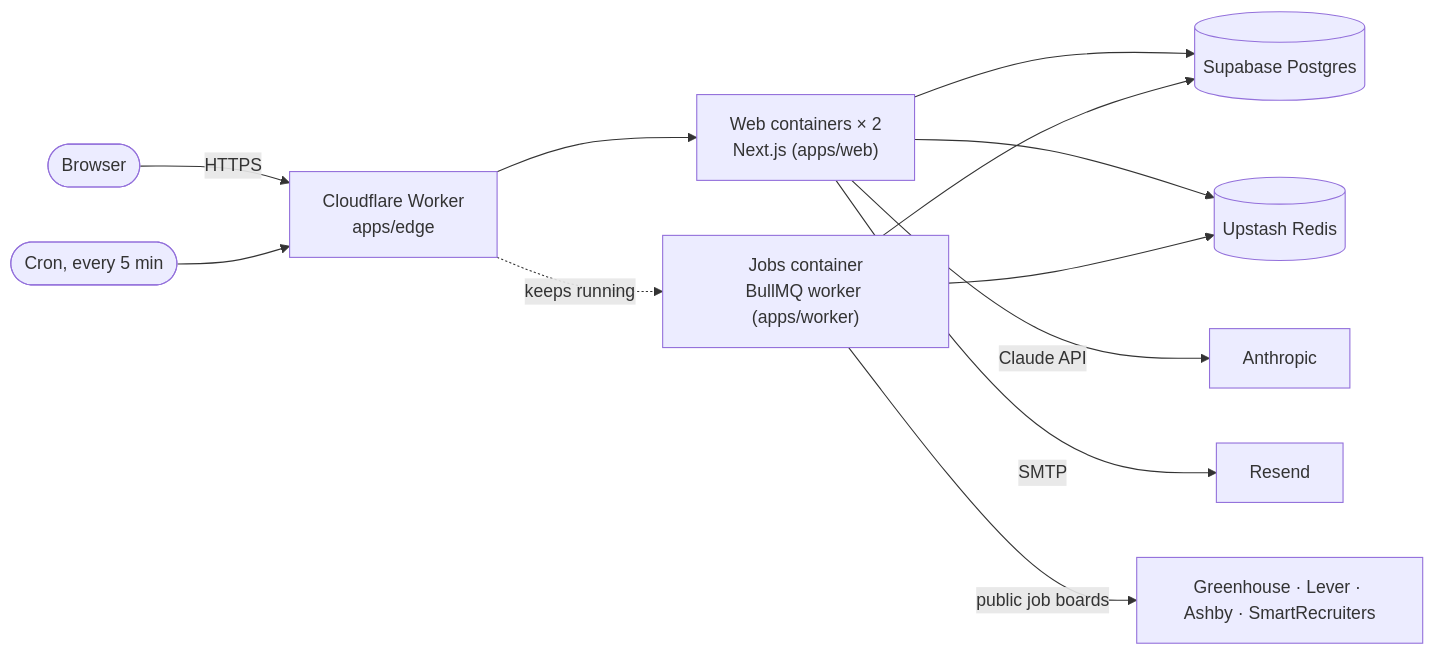
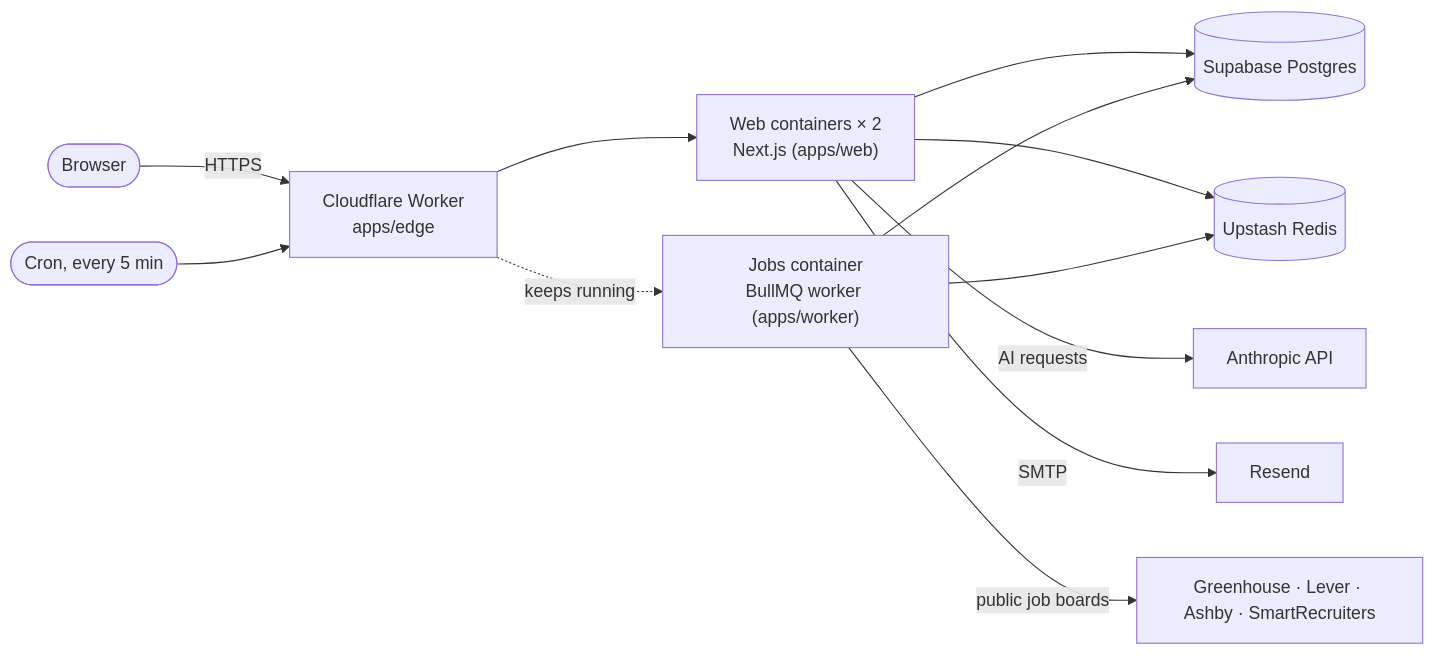
Before and after one commit to HimaSundharRaju/NextRole: the diagram in docs/DEPLOY_CLOUDFLARE.md, drawn with Mermaid. The commit also changed other lines of this file and 28 other files, not shown here.

````diff
--- a/docs/DEPLOY_CLOUDFLARE.md
+++ b/docs/DEPLOY_CLOUDFLARE.md
@@ -7,14 +7,14 @@
 ```mermaid
 flowchart LR
   visitor([Browser]) -->|HTTPS| worker["Cloudflare Worker<br/>apps/edge"]
   worker --> web["Web containers × 2<br/>Next.js (apps/web)"]
   cron([Cron, every 5 min]) --> worker
   worker -. keeps running .-> jobs["Jobs container<br/>BullMQ worker (apps/worker)"]
   web --> pg[(Supabase Postgres)]
   web --> redis[(Upstash Redis)]
   jobs --> pg
   jobs --> redis
-  web -->|Claude API| claude[Anthropic]
+  web -->|AI requests| anthropic[Anthropic API]
   web -->|SMTP| mail[Resend]
   jobs -->|public job boards| boards[Greenhouse · Lever · Ashby · SmartRecruiters]
 ```
````
